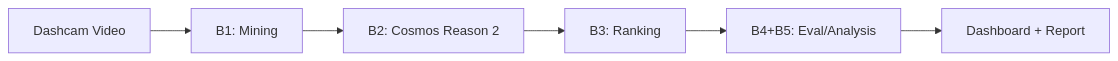
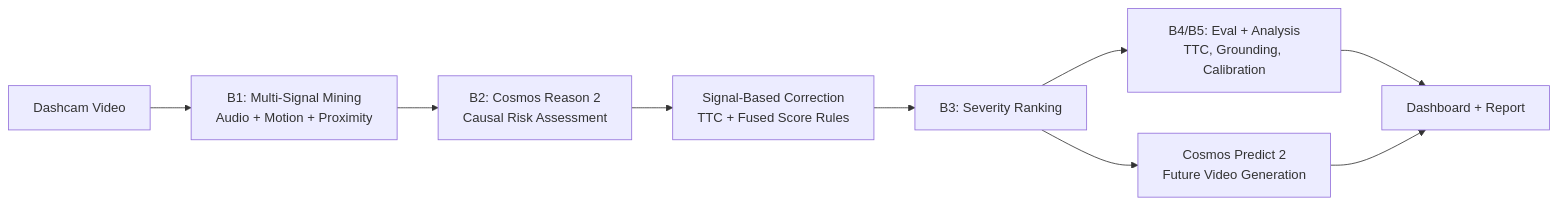
The diagram in README.md (maruyamakoju/autorisk-rm), drawn with Mermaid before and after one commit. The commit also changed other lines of this file and 12 other files, not shown here.

First line of the commit message:
feat: phase 3 - enhanced correction + cosmos predict 2

````diff
--- a/README.md
+++ b/README.md
@@ -13,8 +38,11 @@
 ```mermaid
 graph LR
-    A[Dashcam Video] --> B[B1: Mining]
-    B --> C[B2: Cosmos Reason 2]
-    C --> D[B3: Ranking]
-    D --> E[B4+B5: Eval/Analysis]
-    E --> F[Dashboard + Report]
+    A[Dashcam Video] --> B1["B1: Multi-Signal Mining<br/>Audio + Motion + Proximity"]
+    B1 --> B2["B2: Cosmos Reason 2<br/>Causal Risk Assessment"]
+    B2 --> C["Signal-Based Correction<br/>TTC + Fused Score Rules"]
+    C --> B3["B3: Severity Ranking"]
+    B3 --> B4["B4/B5: Eval + Analysis<br/>TTC, Grounding, Calibration"]
+    B3 --> P2["Cosmos Predict 2<br/>Future Video Generation"]
+    B4 --> D["Dashboard + Report"]
+    P2 --> D
 ```
````
